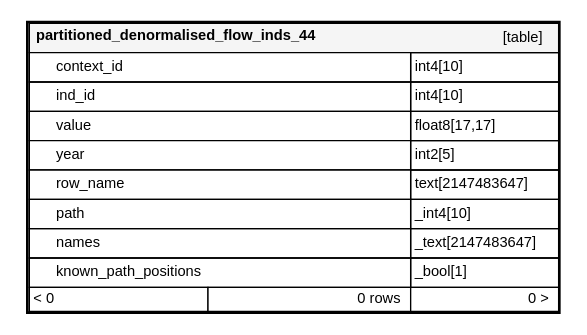
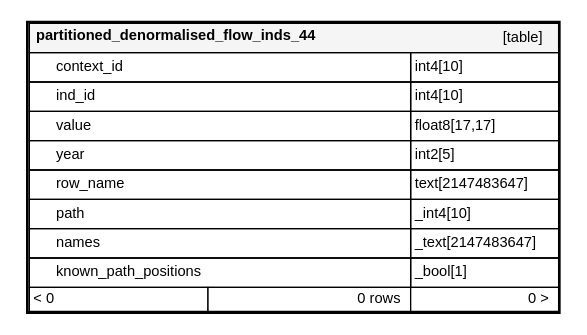
One commit to Vizzuality/trase changed the diagram in db/all_tables/diagrams/orphans/partitioned_denormalised_flow_inds_44.1degree.dot. Above: the diagram before and after it, drawn with Graphviz. The commit also changed 550 other files, not shown here.

```diff
--- a/db/all_tables/diagrams/orphans/partitioned_denormalised_flow_inds_44.1degree.dot
+++ b/db/all_tables/diagrams/orphans/partitioned_denormalised_flow_inds_44.1degree.dot
@@ -1,37 +1,37 @@
 digraph "partitioned_denormalised_flow_inds_44" {
   graph [
     rankdir="RL"
     bgcolor="#ffffff"
     nodesep="0.18"
     ranksep="0.46"
     fontname="Helvetica"
     fontsize="11"
     ration="compress"
   ];
   node [
     fontname="Helvetica"
     fontsize="11"
     shape="plaintext"
   ];
   edge [
     arrowsize="0.8"
   ];
   "partitioned_denormalised_flow_inds_44" [
    label=<
     <TABLE BORDER="2" CELLBORDER="1" CELLSPACING="0" BGCOLOR="#ffffff">
       <TR><TD COLSPAN="4"  BGCOLOR="#f5f5f5"><TABLE BORDER="0" CELLSPACING="0"><TR><TD ALIGN="LEFT"><B>partitioned_denormalised_flow_inds_44</B></TD><TD ALIGN="RIGHT">[table]</TD></TR></TABLE></TD></TR>
-      <TR><TD PORT="context_id" COLSPAN="2" BGCOLOR="#ffffff" ALIGN="LEFT"><TABLE BORDER="0" CELLSPACING="0" ALIGN="LEFT"><TR ALIGN="LEFT"><TD ALIGN="LEFT" FIXEDSIZE="TRUE" WIDTH="15" HEIGHT="16"></TD><TD ALIGN="LEFT" FIXEDSIZE="TRUE" WIDTH="265" HEIGHT="16">context_id</TD></TR></TABLE></TD><TD PORT="context_id.type" ALIGN="LEFT">int4[10]</TD></TR>
+      <TR><TD PORT="context_id" COLSPAN="2" ALIGN="LEFT"><TABLE BORDER="0" CELLSPACING="0" ALIGN="LEFT"><TR ALIGN="LEFT"><TD ALIGN="LEFT" FIXEDSIZE="TRUE" WIDTH="15" HEIGHT="16"></TD><TD ALIGN="LEFT" FIXEDSIZE="TRUE" WIDTH="265" HEIGHT="16">context_id</TD></TR></TABLE></TD><TD PORT="context_id.type" ALIGN="LEFT">int4[10]</TD></TR>
       <TR><TD PORT="ind_id" COLSPAN="2" ALIGN="LEFT"><TABLE BORDER="0" CELLSPACING="0" ALIGN="LEFT"><TR ALIGN="LEFT"><TD ALIGN="LEFT" FIXEDSIZE="TRUE" WIDTH="15" HEIGHT="16"></TD><TD ALIGN="LEFT" FIXEDSIZE="TRUE" WIDTH="265" HEIGHT="16">ind_id</TD></TR></TABLE></TD><TD PORT="ind_id.type" ALIGN="LEFT">int4[10]</TD></TR>
       <TR><TD PORT="value" COLSPAN="2" ALIGN="LEFT"><TABLE BORDER="0" CELLSPACING="0" ALIGN="LEFT"><TR ALIGN="LEFT"><TD ALIGN="LEFT" FIXEDSIZE="TRUE" WIDTH="15" HEIGHT="16"></TD><TD ALIGN="LEFT" FIXEDSIZE="TRUE" WIDTH="265" HEIGHT="16">value</TD></TR></TABLE></TD><TD PORT="value.type" ALIGN="LEFT">float8[17,17]</TD></TR>
-      <TR><TD PORT="year" COLSPAN="2" BGCOLOR="#ffffff" ALIGN="LEFT"><TABLE BORDER="0" CELLSPACING="0" ALIGN="LEFT"><TR ALIGN="LEFT"><TD ALIGN="LEFT" FIXEDSIZE="TRUE" WIDTH="15" HEIGHT="16"></TD><TD ALIGN="LEFT" FIXEDSIZE="TRUE" WIDTH="265" HEIGHT="16">year</TD></TR></TABLE></TD><TD PORT="year.type" ALIGN="LEFT">int2[5]</TD></TR>
-      <TR><TD PORT="row_name" COLSPAN="2" BGCOLOR="#ffffff" ALIGN="LEFT"><TABLE BORDER="0" CELLSPACING="0" ALIGN="LEFT"><TR ALIGN="LEFT"><TD ALIGN="LEFT" FIXEDSIZE="TRUE" WIDTH="15" HEIGHT="16"></TD><TD ALIGN="LEFT" FIXEDSIZE="TRUE" WIDTH="265" HEIGHT="16">row_name</TD></TR></TABLE></TD><TD PORT="row_name.type" ALIGN="LEFT">text[2147483647]</TD></TR>
+      <TR><TD PORT="year" COLSPAN="2" ALIGN="LEFT"><TABLE BORDER="0" CELLSPACING="0" ALIGN="LEFT"><TR ALIGN="LEFT"><TD ALIGN="LEFT" FIXEDSIZE="TRUE" WIDTH="15" HEIGHT="16"></TD><TD ALIGN="LEFT" FIXEDSIZE="TRUE" WIDTH="265" HEIGHT="16">year</TD></TR></TABLE></TD><TD PORT="year.type" ALIGN="LEFT">int2[5]</TD></TR>
+      <TR><TD PORT="row_name" COLSPAN="2" ALIGN="LEFT"><TABLE BORDER="0" CELLSPACING="0" ALIGN="LEFT"><TR ALIGN="LEFT"><TD ALIGN="LEFT" FIXEDSIZE="TRUE" WIDTH="15" HEIGHT="16"></TD><TD ALIGN="LEFT" FIXEDSIZE="TRUE" WIDTH="265" HEIGHT="16">row_name</TD></TR></TABLE></TD><TD PORT="row_name.type" ALIGN="LEFT">text[2147483647]</TD></TR>
       <TR><TD PORT="path" COLSPAN="2" ALIGN="LEFT"><TABLE BORDER="0" CELLSPACING="0" ALIGN="LEFT"><TR ALIGN="LEFT"><TD ALIGN="LEFT" FIXEDSIZE="TRUE" WIDTH="15" HEIGHT="16"></TD><TD ALIGN="LEFT" FIXEDSIZE="TRUE" WIDTH="265" HEIGHT="16">path</TD></TR></TABLE></TD><TD PORT="path.type" ALIGN="LEFT">_int4[10]</TD></TR>
       <TR><TD PORT="names" COLSPAN="2" ALIGN="LEFT"><TABLE BORDER="0" CELLSPACING="0" ALIGN="LEFT"><TR ALIGN="LEFT"><TD ALIGN="LEFT" FIXEDSIZE="TRUE" WIDTH="15" HEIGHT="16"></TD><TD ALIGN="LEFT" FIXEDSIZE="TRUE" WIDTH="265" HEIGHT="16">names</TD></TR></TABLE></TD><TD PORT="names.type" ALIGN="LEFT">_text[2147483647]</TD></TR>
       <TR><TD PORT="known_path_positions" COLSPAN="2" ALIGN="LEFT"><TABLE BORDER="0" CELLSPACING="0" ALIGN="LEFT"><TR ALIGN="LEFT"><TD ALIGN="LEFT" FIXEDSIZE="TRUE" WIDTH="15" HEIGHT="16"></TD><TD ALIGN="LEFT" FIXEDSIZE="TRUE" WIDTH="265" HEIGHT="16">known_path_positions</TD></TR></TABLE></TD><TD PORT="known_path_positions.type" ALIGN="LEFT">_bool[1]</TD></TR>
       <TR><TD ALIGN="LEFT" BGCOLOR="#ffffff">&lt; 0</TD><TD ALIGN="RIGHT" BGCOLOR="#ffffff">0 rows</TD><TD ALIGN="RIGHT" BGCOLOR="#ffffff">0 &gt;</TD></TR>
     </TABLE>>
     URL="tables/partitioned_denormalised_flow_inds_44.html"
     target="_top"
     tooltip="partitioned_denormalised_flow_inds_44"
   ];
 }
```
